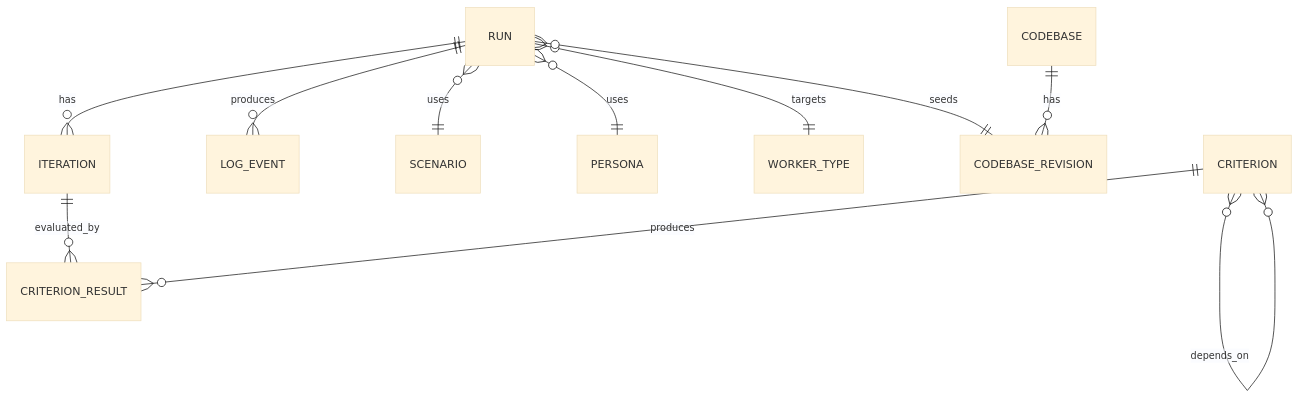
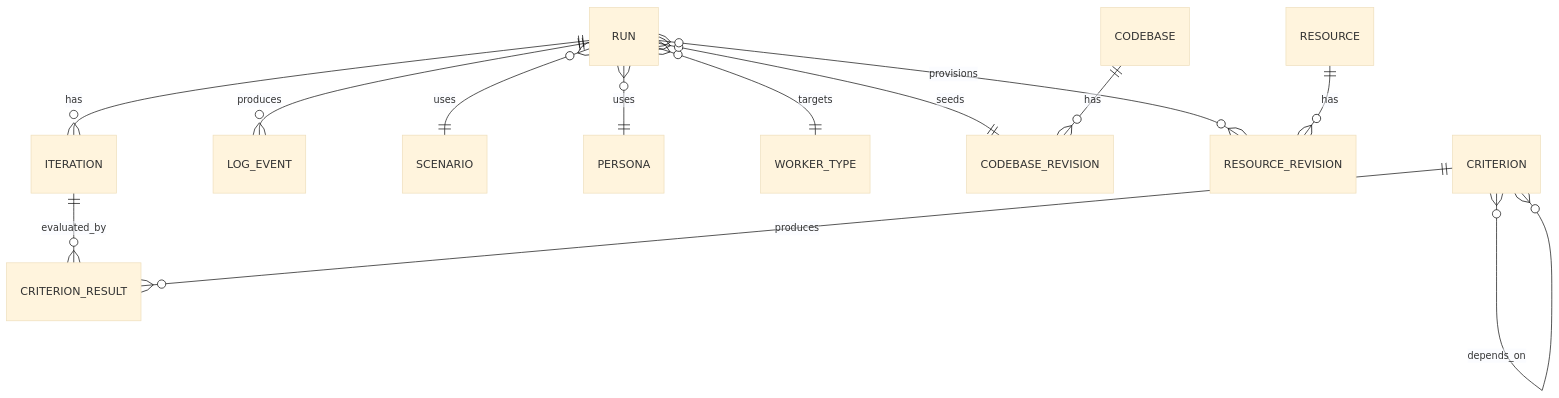
One commit to cedricvidal/scope changed the second of 3 diagrams in docs/architecture/app-design.md. Above: the diagram before and after it, drawn with Mermaid (base theme). The commit also changed other lines of this file and 19 other files, not shown here.

````diff
--- a/docs/architecture/app-design.md
+++ b/docs/architecture/app-design.md
@@ -35,13 +35,15 @@
 ```mermaid
 erDiagram
     RUN ||--o{ ITERATION : has
     RUN ||--o{ LOG_EVENT : produces
     RUN }o--|| SCENARIO : uses
     RUN }o--|| PERSONA : uses
     RUN }o--|| WORKER_TYPE : targets
     RUN }o--|| CODEBASE_REVISION : seeds
+    RUN }o--o{ RESOURCE_REVISION : provisions
     ITERATION ||--o{ CRITERION_RESULT : evaluated_by
     CRITERION ||--o{ CRITERION_RESULT : produces
     CRITERION }o--o{ CRITERION : depends_on
     CODEBASE ||--o{ CODEBASE_REVISION : has
+    RESOURCE ||--o{ RESOURCE_REVISION : has
 ```
````
